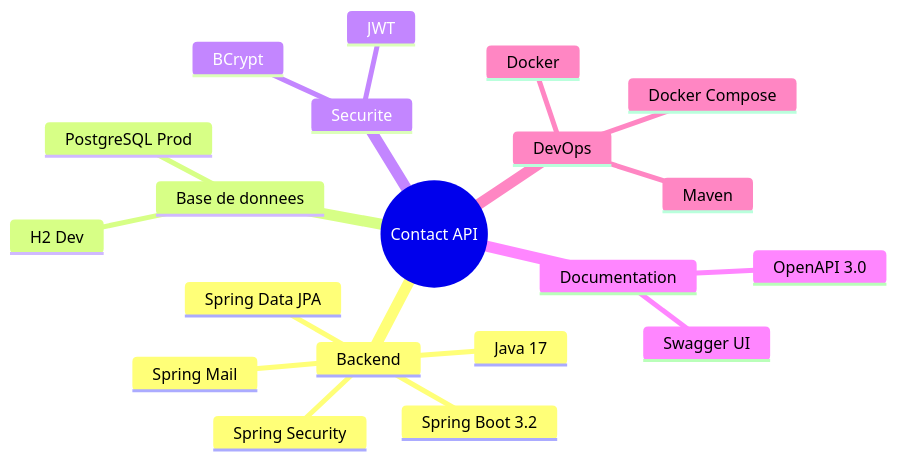
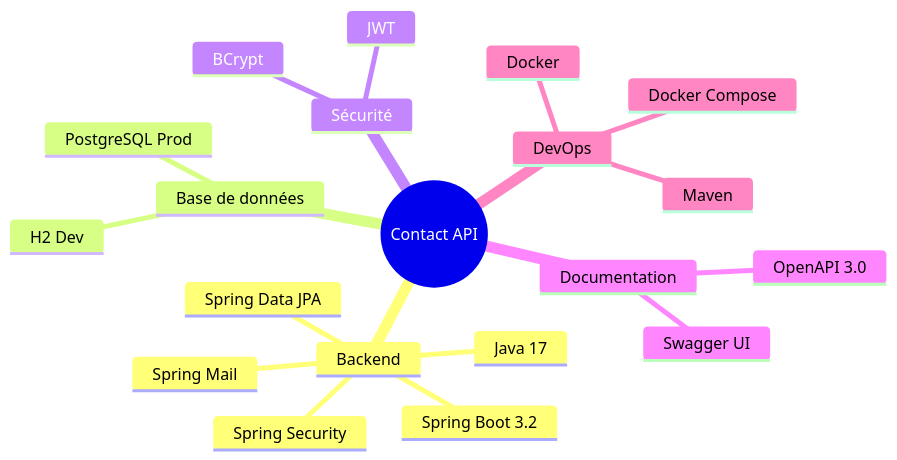
One commit to hrhouma1/inskillflow-docs-formation-spring-boot-projet-e-contact-backend changed the fourth of 7 diagrams in cours/01-presentation-projet.md. Above: the diagram before and after it, drawn with Mermaid. The commit also changed other lines of this file, not shown here.

````diff
--- a/cours/01-presentation-projet.md
+++ b/cours/01-presentation-projet.md
@@ -169,23 +169,23 @@
 ```mermaid
 mindmap
   root((Contact API))
     Backend
       Java 17
       Spring Boot 3.2
       Spring Security
       Spring Data JPA
       Spring Mail
-    Base de donnees
+    Base de données
       PostgreSQL Prod
       H2 Dev
-    Securite
+    Sécurité
       JWT
       BCrypt
     Documentation
       OpenAPI 3.0
       Swagger UI
     DevOps
       Docker
       Docker Compose
       Maven
 ```
````
